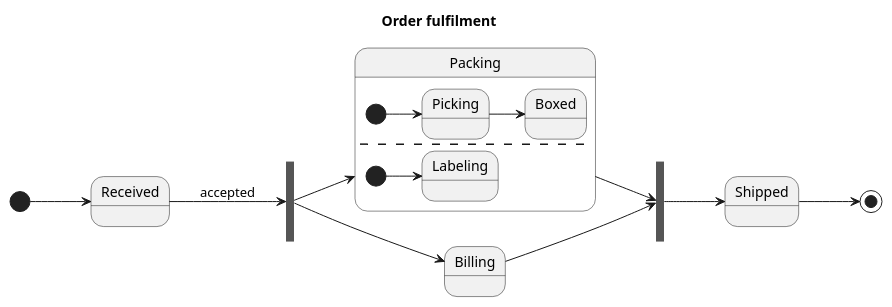
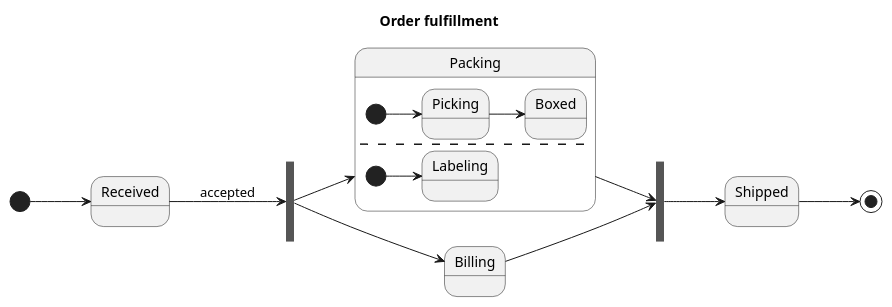
One commit to demaconsulting/CanvasNet changed the diagram in docs/user_guide/examples/plantuml-state-regions.puml. Above: the diagram before and after it, drawn with PlantUML. The commit also changed 6 other files, not shown here.

First line of the commit message:
Docs: state diagram wording, spelling, and line lengths

```diff
--- a/docs/user_guide/examples/plantuml-state-regions.puml
+++ b/docs/user_guide/examples/plantuml-state-regions.puml
@@ -1,21 +1,21 @@
 @startuml
 ' Gallery: concurrent regions, a fork and a join, and a left to right layout
 left to right direction
-title Order fulfilment
+title Order fulfillment
 state split <<fork>>
 state merge <<join>>
 [*] --> Received
 Received --> split : accepted
 split --> Packing
 split --> Billing
 state Packing {
   [*] --> Picking
   Picking --> Boxed
   --
   [*] --> Labeling
 }
 Packing --> merge
 Billing --> merge
 merge --> Shipped
 Shipped --> [*]
 @enduml
```
